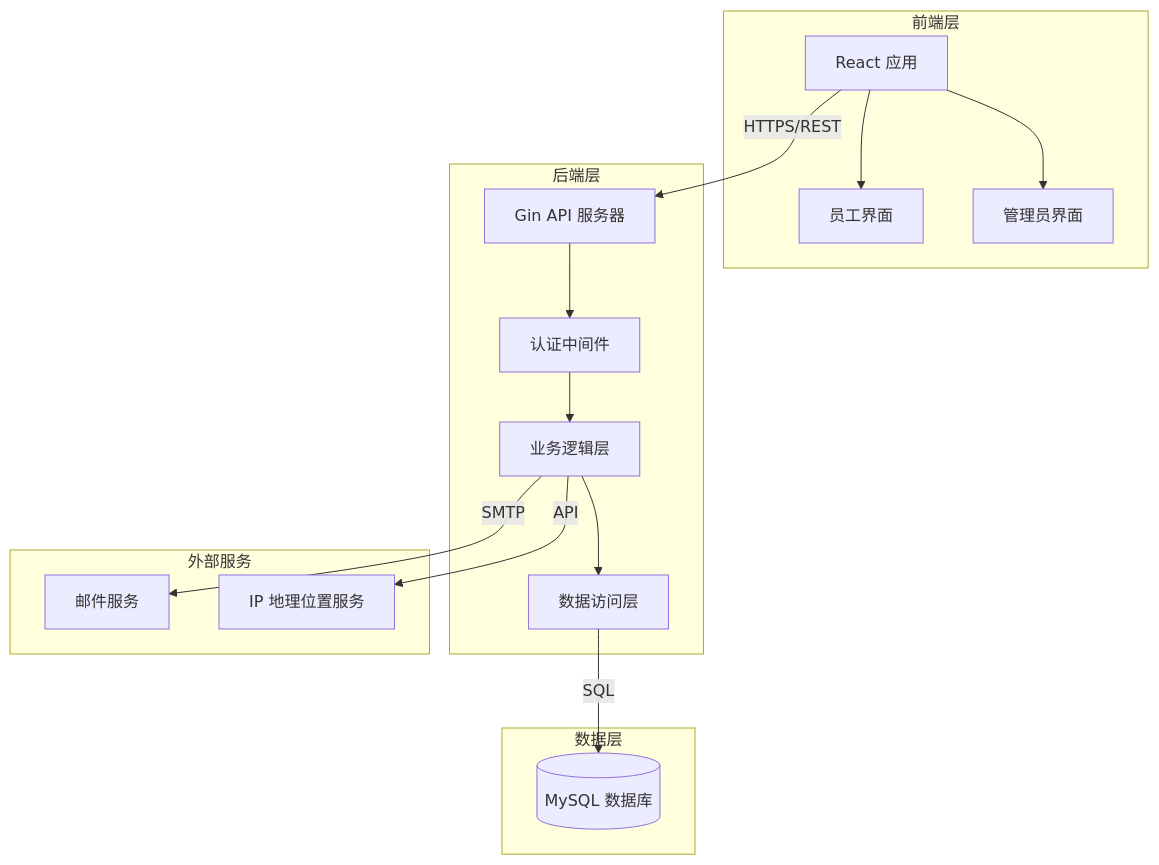
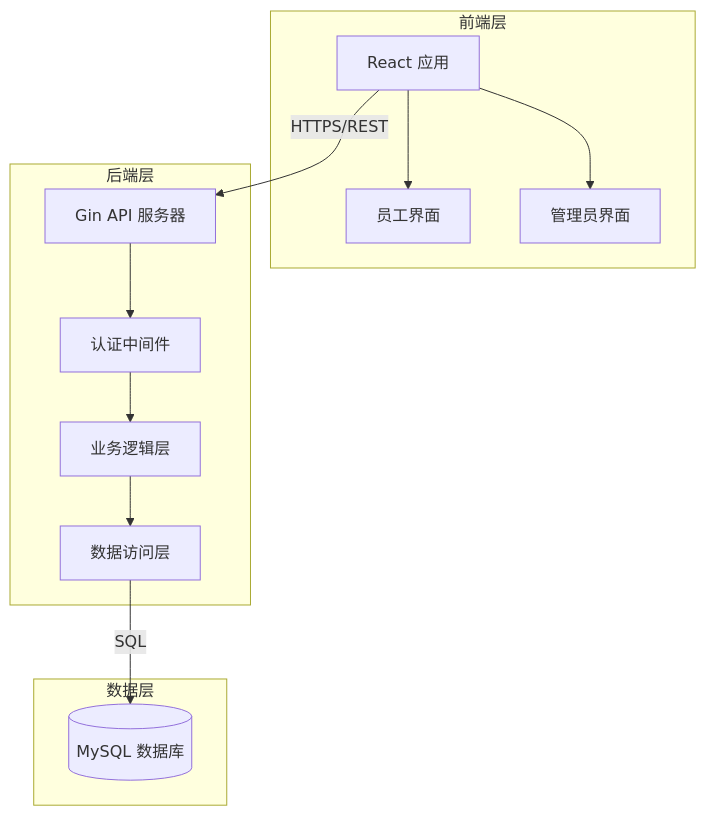
The fourth of 9 diagrams in .kiro/specs/awsome-shop/design.md (Holiver/ai-dlc-8), drawn with Mermaid before and after one commit. The commit also changed other lines of this file and 7 other files, not shown here.

````diff
--- a/.kiro/specs/awsome-shop/design.md
+++ b/.kiro/specs/awsome-shop/design.md
@@ -168,34 +147,27 @@
 ```mermaid
 graph TB
     subgraph "前端层"
         A[React 应用]
         A1[员工界面]
         A2[管理员界面]
         A --> A1
         A --> A2
     end
     
     subgraph "后端层"
         B[Gin API 服务器]
         B1[认证中间件]
         B2[业务逻辑层]
         B3[数据访问层]
         B --> B1
         B1 --> B2
         B2 --> B3
     end
     
     subgraph "数据层"
         C[(MySQL 数据库)]
     end
     
-    subgraph "外部服务"
-        D[邮件服务]
-        E[IP 地理位置服务]
-    end
-    
     A -->|HTTPS/REST| B
     B3 -->|SQL| C
-    B2 -->|SMTP| D
-    B2 -->|API| E
 ```
````
